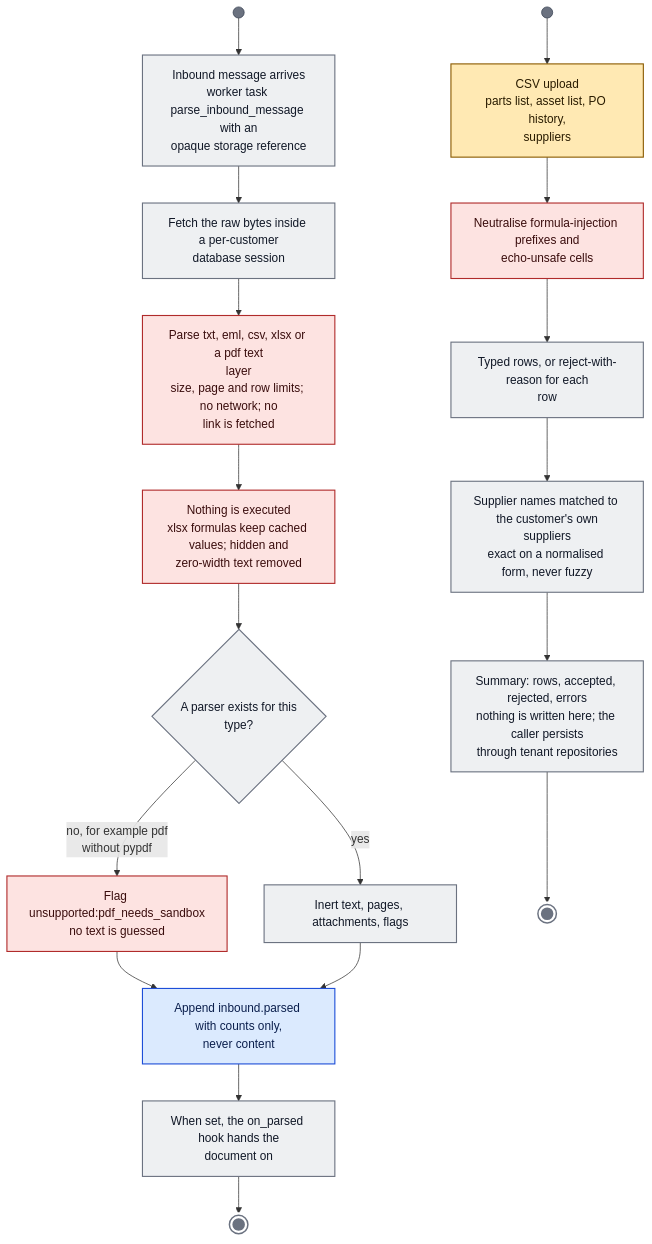
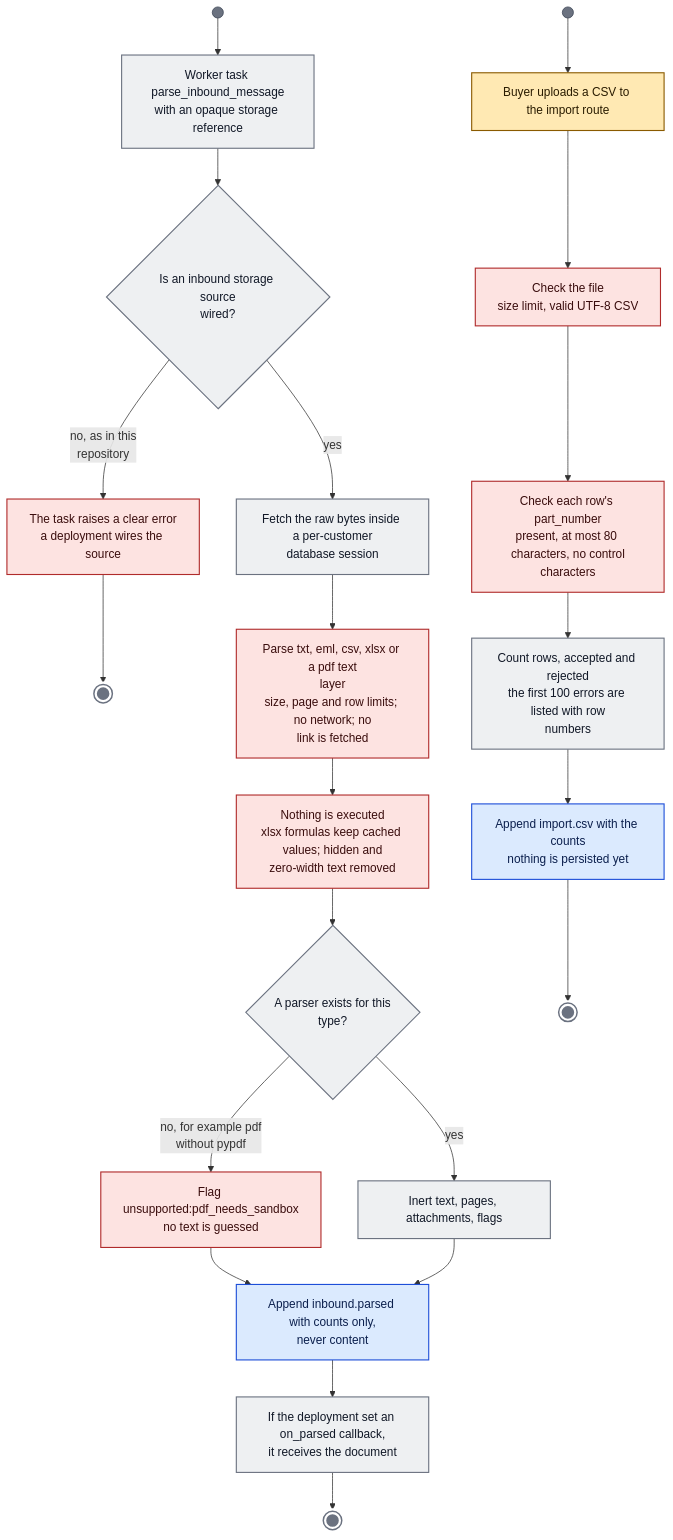
One commit to emre-akarsu/ai-commerce-ideas changed diagram 17 of 33 in docs/architecture/activity-diagrams.md. Above: the diagram before and after it, drawn with Mermaid. The commit also changed other lines of this file and 1 other file, not shown here.

First line of the commit message:
docs: correct activity diagrams after a fact-check of the rfq, verify, evidence and intake diagrams

````diff
--- a/docs/architecture/activity-diagrams.md
+++ b/docs/architecture/activity-diagrams.md
@@ -611,28 +617,31 @@
 ```mermaid
 flowchart TB
 classDef human fill:#ffe9b3,stroke:#8a5a00,color:#2a1c00,stroke-width:1.5px
 classDef rule fill:#eef0f2,stroke:#6b7280,color:#111827,stroke-width:1.5px
 classDef ai fill:#e9e3ff,stroke:#5b3fc4,color:#1e1050,stroke-width:2.5px,stroke-dasharray:6 4
 classDef opt fill:#d8f3e4,stroke:#1b7a4a,color:#0b2e1b,stroke-width:1.5px
 classDef gate fill:#fde3e1,stroke:#b02b2b,color:#3a0d0d,stroke-width:1.5px
 classDef data fill:#dbeafe,stroke:#1d4ed8,color:#0b1f4d,stroke-width:1.5px
 classDef bar fill:#6b7280,stroke:#374151,color:#ffffff
 classDef fin fill:#6b7280,stroke:#ffffff,color:#ffffff,stroke-width:3px
-S((" ")):::bar --> i1["Inbound message arrives<br/>worker task parse_inbound_message with an<br/>opaque storage reference"]:::rule
-i1 --> i2["Fetch the raw bytes inside a per-customer<br/>database session"]:::rule
+S((" ")):::bar --> i1["Worker task parse_inbound_message<br/>with an opaque storage reference"]:::rule
+i1 --> d0{"Is an inbound storage source<br/>wired?"}:::rule
+d0 -->|"no, as in this<br/>repository"| i0["The task raises a clear error<br/>a deployment wires the source"]:::gate
+i0 --> E0(((" "))):::fin
+d0 -->|"yes"| i2["Fetch the raw bytes inside a per-customer<br/>database session"]:::rule
 i2 --> i3["Parse txt, eml, csv, xlsx or a pdf text<br/>layer<br/>size, page and row limits; no network; no<br/>link is fetched"]:::gate
 i3 --> i4["Nothing is executed<br/>xlsx formulas keep cached values; hidden and<br/>zero-width text removed"]:::gate
 i4 --> d1{"A parser exists for this<br/>type?"}:::rule
 d1 -->|"no, for example pdf<br/>without pypdf"| i5["Flag unsupported:pdf_needs_sandbox<br/>no text is guessed"]:::gate
 d1 -->|"yes"| i6["Inert text, pages, attachments, flags"]:::rule
 i5 --> i7
 i6 --> i7["Append inbound.parsed with counts only,<br/>never content"]:::data
-i7 --> i8["When set, the on_parsed hook hands the<br/>document on"]:::rule
+i7 --> i8["If the deployment set an on_parsed callback,<br/>it receives the document"]:::rule
 i8 --> E1(((" "))):::fin
-S2((" ")):::bar --> c1["CSV upload<br/>parts list, asset list, PO history,<br/>suppliers"]:::human
-c1 --> c2["Neutralise formula-injection prefixes and<br/>echo-unsafe cells"]:::gate
-c2 --> c3["Typed rows, or reject-with-reason for each<br/>row"]:::rule
-c3 --> c4["Supplier names matched to the customer's own<br/>suppliers<br/>exact on a normalised form, never fuzzy"]:::rule
-c4 --> c5["Summary: rows, accepted, rejected, errors<br/>nothing is written here; the caller persists<br/>through tenant repositories"]:::rule
+S2((" ")):::bar --> c1["Buyer uploads a CSV to the import route"]:::human
+c1 --> c2["Check the file<br/>size limit, valid UTF-8 CSV"]:::gate
+c2 --> c3["Check each row's part_number<br/>present, at most 80 characters, no control<br/>characters"]:::gate
+c3 --> c4["Count rows, accepted and rejected<br/>the first 100 errors are listed with row<br/>numbers"]:::rule
+c4 --> c5["Append import.csv with the counts<br/>nothing is persisted yet"]:::data
 c5 --> E2(((" "))):::fin
 ```
````
